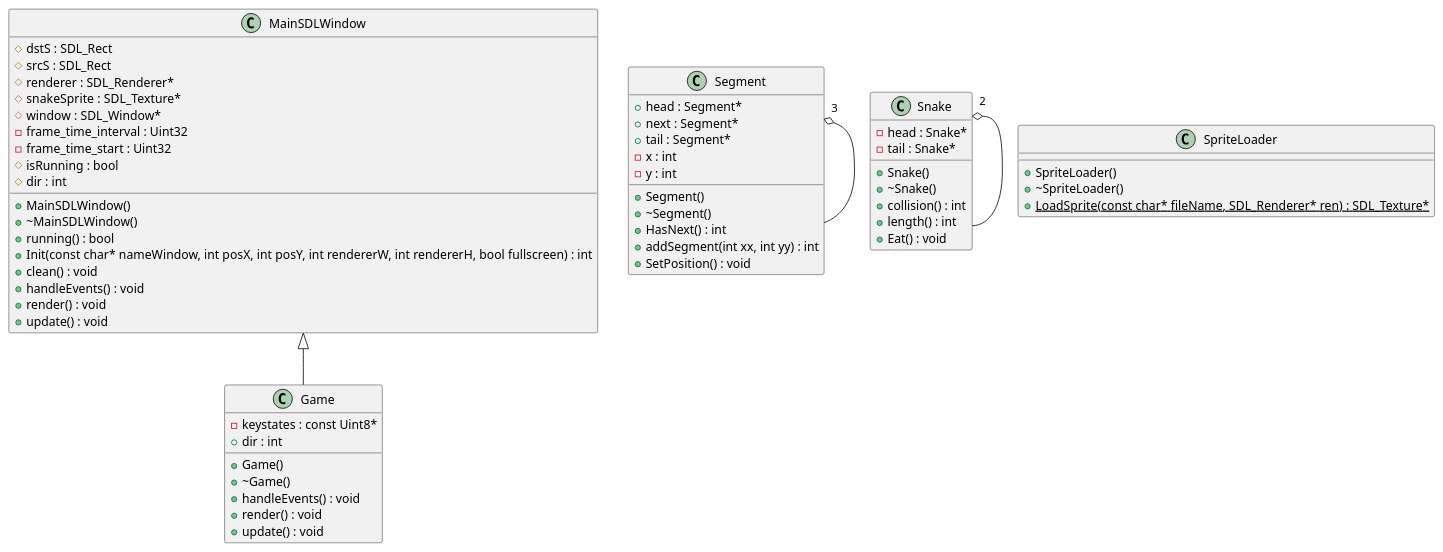
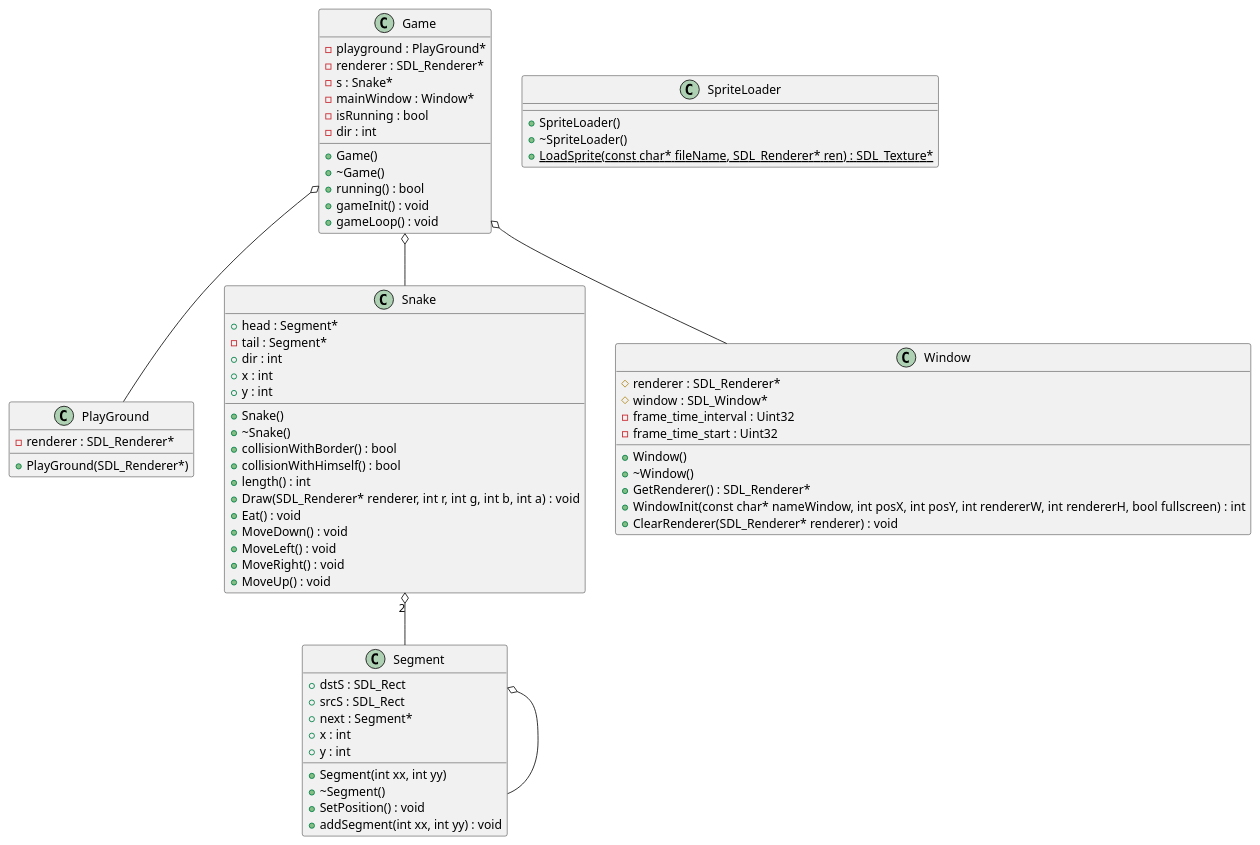
One commit to Zearcus/gtech-b12-snake changed the diagram in orrigine/uml/classes.puml. Above: the diagram before and after it, drawn with PlantUML. The commit also changed 26 other files, not shown here.

```diff
--- a/orrigine/uml/classes.puml
+++ b/orrigine/uml/classes.puml
@@ -1,100 +1,116 @@
 @startuml
 
 
 
 
 
 /' Objects '/
 
 class Game {
 	+Game()
 	+~Game()
-	-keystates : const Uint8*
-	+dir : int
-	+handleEvents() : void
-	+render() : void
-	+update() : void
+	-playground : PlayGround*
+	-renderer : SDL_Renderer*
+	-s : Snake*
+	-mainWindow : Window*
+	-isRunning : bool
+	+running() : bool
+	-dir : int
+	+gameInit() : void
+	+gameLoop() : void
 }
 
 
-class MainSDLWindow {
-	+MainSDLWindow()
-	+~MainSDLWindow()
-	#dstS : SDL_Rect
-	#srcS : SDL_Rect
-	#renderer : SDL_Renderer*
-	#snakeSprite : SDL_Texture*
-	#window : SDL_Window*
-	-frame_time_interval : Uint32
-	-frame_time_start : Uint32
-	#isRunning : bool
-	+running() : bool
-	+Init(const char* nameWindow, int posX, int posY, int rendererW, int rendererH, bool fullscreen) : int
-	#dir : int
-	+clean() : void
-	+handleEvents() : void
-	+render() : void
-	+update() : void
+class PlayGround {
+	+PlayGround(SDL_Renderer*)
+	-renderer : SDL_Renderer*
 }
 
 
 class Segment {
-	+Segment()
+	+Segment(int xx, int yy)
 	+~Segment()
-	+head : Segment*
+	+dstS : SDL_Rect
+	+srcS : SDL_Rect
 	+next : Segment*
-	+tail : Segment*
-	+HasNext() : int
-	+addSegment(int xx, int yy) : int
-	-x : int
-	-y : int
+	+x : int
+	+y : int
 	+SetPosition() : void
+	+addSegment(int xx, int yy) : void
 }
 
 
 class Snake {
 	+Snake()
 	+~Snake()
-	-head : Snake*
-	-tail : Snake*
-	+collision() : int
+	+head : Segment*
+	-tail : Segment*
+	+collisionWithBorder() : bool
+	+collisionWithHimself() : bool
+	+dir : int
 	+length() : int
+	+x : int
+	+y : int
+	+Draw(SDL_Renderer* renderer, int r, int g, int b, int a) : void
 	+Eat() : void
+	+MoveDown() : void
+	+MoveLeft() : void
+	+MoveRight() : void
+	+MoveUp() : void
 }
 
 
 class SpriteLoader {
 	+SpriteLoader()
 	+~SpriteLoader()
 	+{static} LoadSprite(const char* fileName, SDL_Renderer* ren) : SDL_Texture*
 }
 
 
+class Window {
+	+Window()
+	+~Window()
+	+GetRenderer() : SDL_Renderer*
+	#renderer : SDL_Renderer*
+	#window : SDL_Window*
+	-frame_time_interval : Uint32
+	-frame_time_start : Uint32
+	+WindowInit(const char* nameWindow, int posX, int posY, int rendererW, int rendererH, bool fullscreen) : int
+	+ClearRenderer(SDL_Renderer* renderer) : void
+}
+
+
 
 
 
 /' Inheritance relationships '/
-
-.MainSDLWindow <|-- .Game
-
 
 
 
 
 /' Aggregation relationships '/
 
-.Segment "3" o-- .Segment
+.Game o-- .PlayGround
 
 
-.Snake "2" o-- .Snake
+.Game o-- .Snake
+
+
+.Game o-- .Window
+
+
+.Segment o-- .Segment
+
+
+.Snake "2" o-- .Segment
 
 
 
 
 
 
 /' Nested objects '/
 
 
 
 @enduml
```
